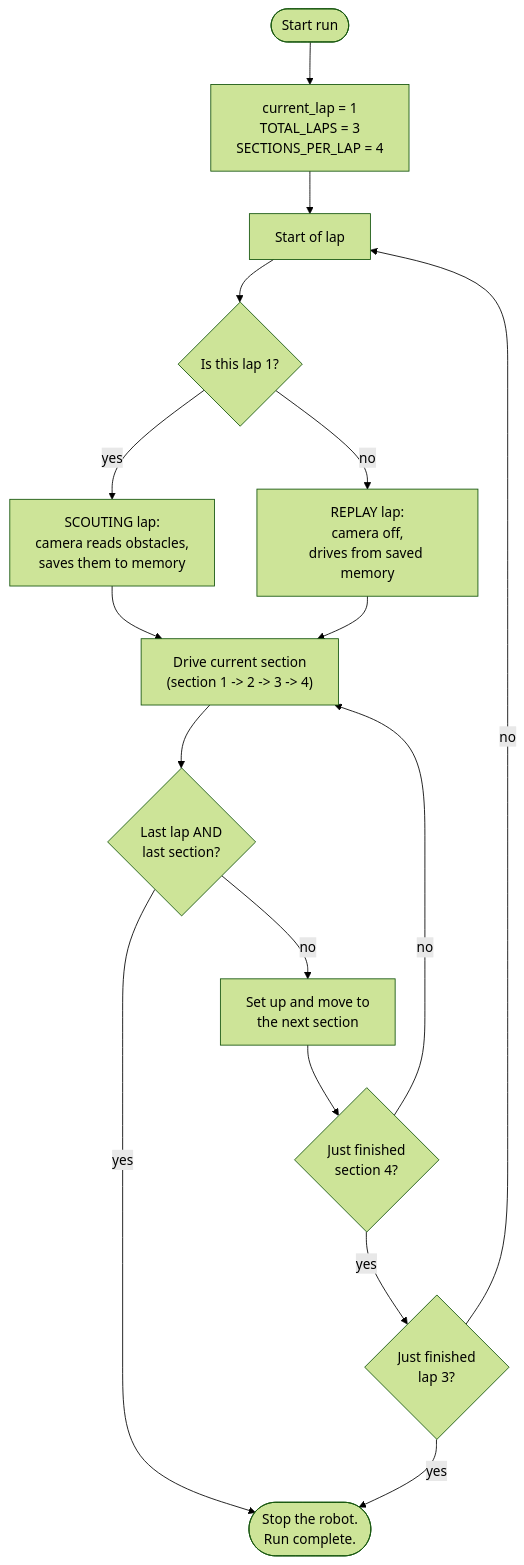
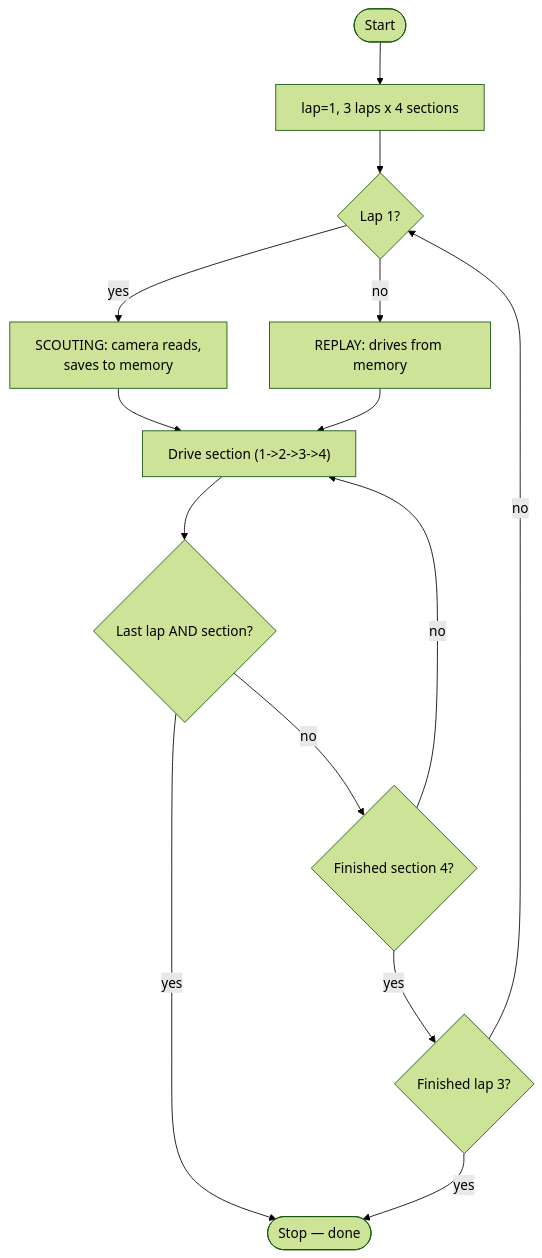
The third of 3 diagrams in README.md (KiaraBhandari8/Unsupervised-WROFE2026-India), drawn with Mermaid (forest theme) before and after one commit.

Commit message:
Update flowchart for corner logic in README

````diff
--- a/README.md
+++ b/README.md
@@ -663,24 +664,16 @@
 ```mermaid
 flowchart TD
-    Start([Start run]) --> Init["current_lap = 1<br/>TOTAL_LAPS = 3<br/>SECTIONS_PER_LAP = 4"]
-
-    Init --> LapStart["Start of lap"]
-    LapStart --> ScoutQ{"Is this lap 1?"}
-    ScoutQ -- yes --> Scout["SCOUTING lap:<br/>camera reads obstacles,<br/>saves them to memory"]
-    ScoutQ -- no --> Replay["REPLAY lap:<br/>camera off,<br/>drives from saved memory"]
-
+    Start([Start]) --> Init["lap=1, 3 laps x 4 sections"]
+    Init --> ScoutQ{"Lap 1?"}
+    ScoutQ -- yes --> Scout["SCOUTING: camera reads,<br/>saves to memory"]
+    ScoutQ -- no --> Replay["REPLAY: drives from memory"]
     Scout --> SecStart
     Replay --> SecStart
-
-    SecStart["Drive current section<br/>(section 1 -> 2 -> 3 -> 4)"] --> FinalQ{"Last lap AND<br/>last section?"}
-
-    FinalQ -- yes --> StopRun(["Stop the robot.<br/>Run complete."])
-    FinalQ -- no --> NextSec["Set up and move to<br/>the next section"]
-
-    NextSec --> SecEndQ{"Just finished<br/>section 4?"}
+    SecStart["Drive section (1->2->3->4)"] --> FinalQ{"Last lap AND section?"}
+    FinalQ -- yes --> StopRun(["Stop — done"])
+    FinalQ -- no --> SecEndQ{"Finished section 4?"}
     SecEndQ -- no --> SecStart
-    SecEndQ -- yes --> LapEndQ{"Just finished<br/>lap 3?"}
-
-    LapEndQ -- no --> LapStart
+    SecEndQ -- yes --> LapEndQ{"Finished lap 3?"}
+    LapEndQ -- no --> ScoutQ
     LapEndQ -- yes --> StopRun
 ```
````
